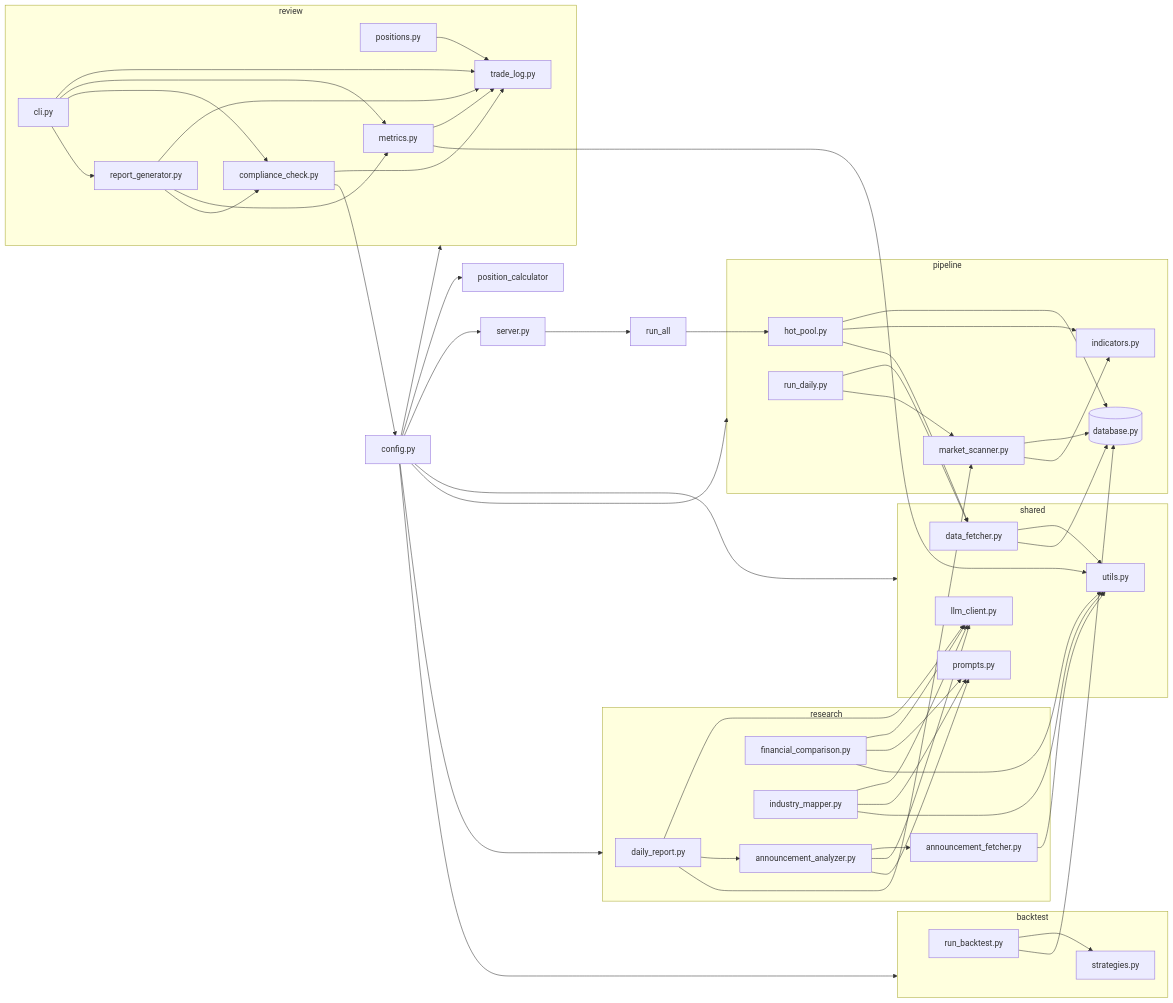
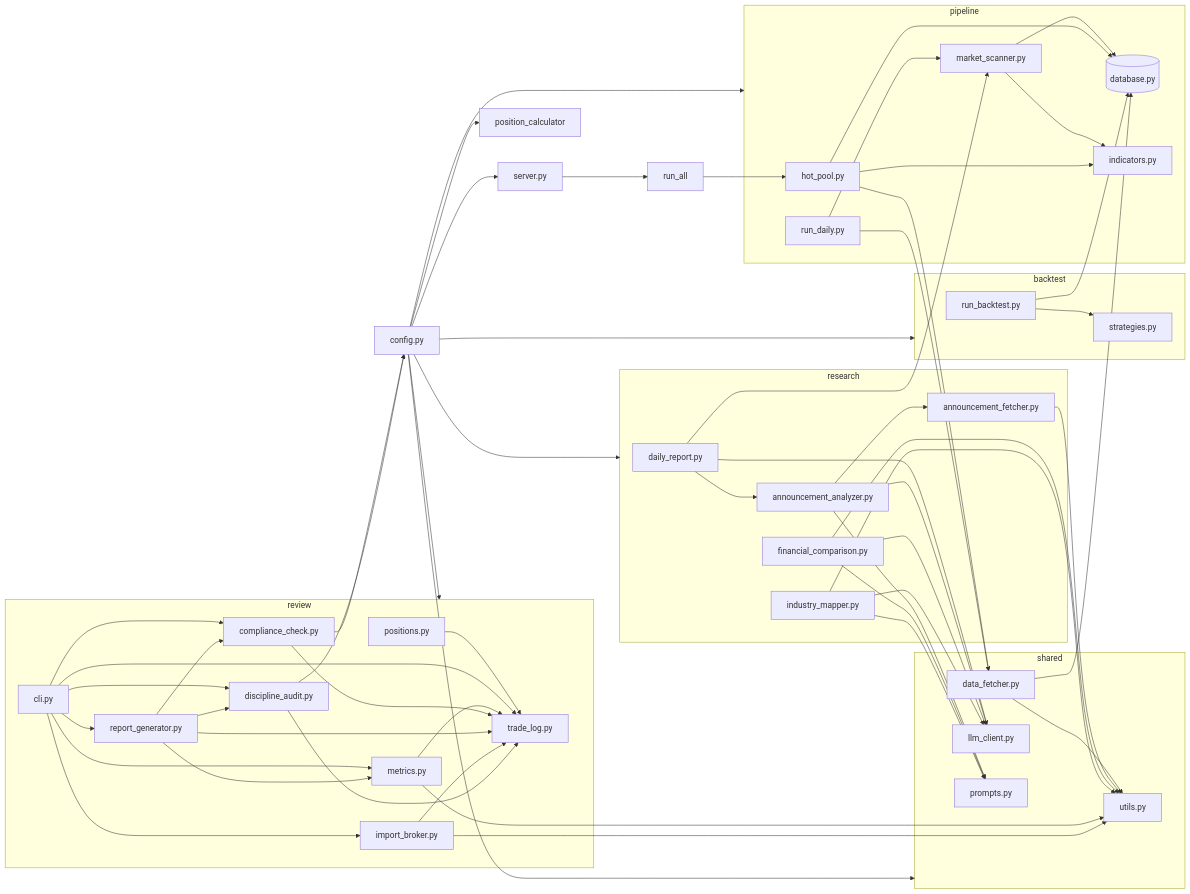
One commit to fukangjian/BIllion changed the second of 6 diagrams in Invest/ARCHITECTURE.md. Above: the diagram before and after it, drawn with Mermaid. The commit also changed other lines of this file and 5 other files, not shown here.

````diff
--- a/Invest/ARCHITECTURE.md
+++ b/Invest/ARCHITECTURE.md
@@ -148,72 +150,76 @@
 ```mermaid
 flowchart LR
     config[config.py]
 
     config --> shared
     config --> pipeline
     config --> research
     config --> review
     config --> backtest
     config --> position_calculator
     config --> server
 
     subgraph shared
         utils[utils.py]
         data_fetcher[data_fetcher.py]
         llm_client[llm_client.py]
         prompts[prompts.py]
     end
 
     data_fetcher --> utils
     data_fetcher --> database[(database.py)]
 
     subgraph pipeline
         database
         indicators[indicators.py]
         market_scanner[market_scanner.py]
         hot_pool[hot_pool.py]
         run_daily[run_daily.py]
     end
 
     market_scanner --> database & indicators
     hot_pool --> database & indicators & data_fetcher
     run_daily --> data_fetcher & market_scanner
 
     subgraph research
         daily_report[daily_report.py]
         announcement[announcement_analyzer.py]
         ann_fetcher[announcement_fetcher.py]
         financial[financial_comparison.py]
         industry[industry_mapper.py]
     end
 
     daily_report --> llm_client & announcement & market_scanner
     announcement --> ann_fetcher & llm_client & prompts
     ann_fetcher --> utils
     financial & industry --> llm_client & prompts & utils
 
     subgraph review
         trade_log[trade_log.py]
         positions[positions.py]
         metrics[metrics.py]
         compliance[compliance_check.py]
         report_gen[report_generator.py]
+        import_broker[import_broker.py]
+        discipline[discipline_audit.py]
         cli[cli.py]
     end
 
     positions --> trade_log
-    cli --> trade_log & metrics & compliance & report_gen
+    cli --> trade_log & metrics & compliance & report_gen & import_broker & discipline
     metrics --> trade_log & utils
     compliance --> trade_log & config
-    report_gen --> trade_log & metrics & compliance
+    report_gen --> trade_log & metrics & compliance & discipline
+    import_broker --> trade_log & utils
+    discipline --> trade_log & config
 
     subgraph backtest
         strategies[strategies.py]
         run_backtest[run_backtest.py]
     end
 
     run_backtest --> strategies & database
 
     server[server.py] --> run_all
     run_all --> hot_pool
 ```
````
